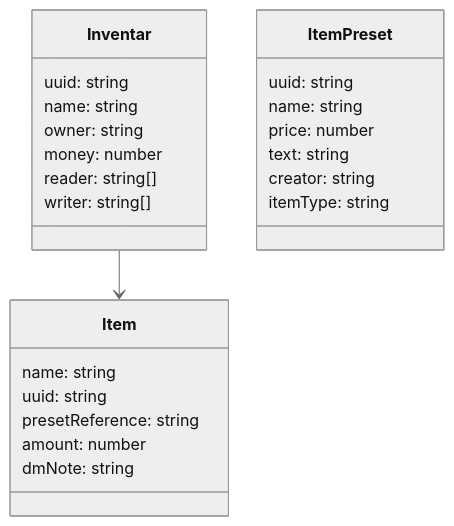
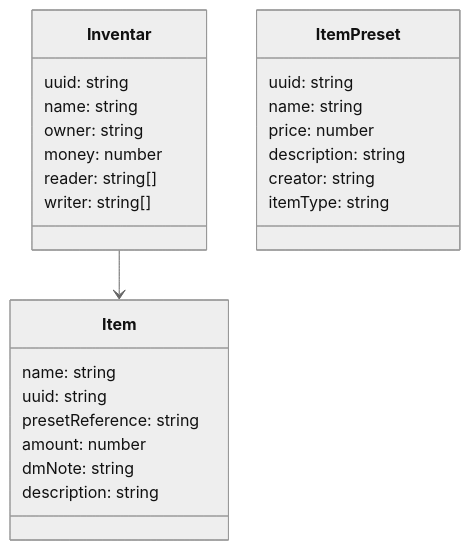
Before and after one commit to NamelessGroup/InventarWerk: the first of 2 diagrams in README.md, drawn with Mermaid (neutral theme). The commit also changed other lines of this file, not shown here.

````diff
--- a/README.md
+++ b/README.md
@@ -15,30 +15,31 @@
 ```mermaid
 classDiagram
     class Inventar {
         uuid: string
         name: string
         owner: string
         money: number
         reader: string[]
         writer: string[]
     }
 
     class ItemPreset {
         uuid: string
         name: string
         price: number
-        text: string
+        description: string
         creator: string
         itemType: string
     }
 
     class Item {
         name: string
         uuid: string
         presetReference: string
         amount: number
         dmNote: string
+        description: string
     }
 
     Inventar --> Item
 ```
````
